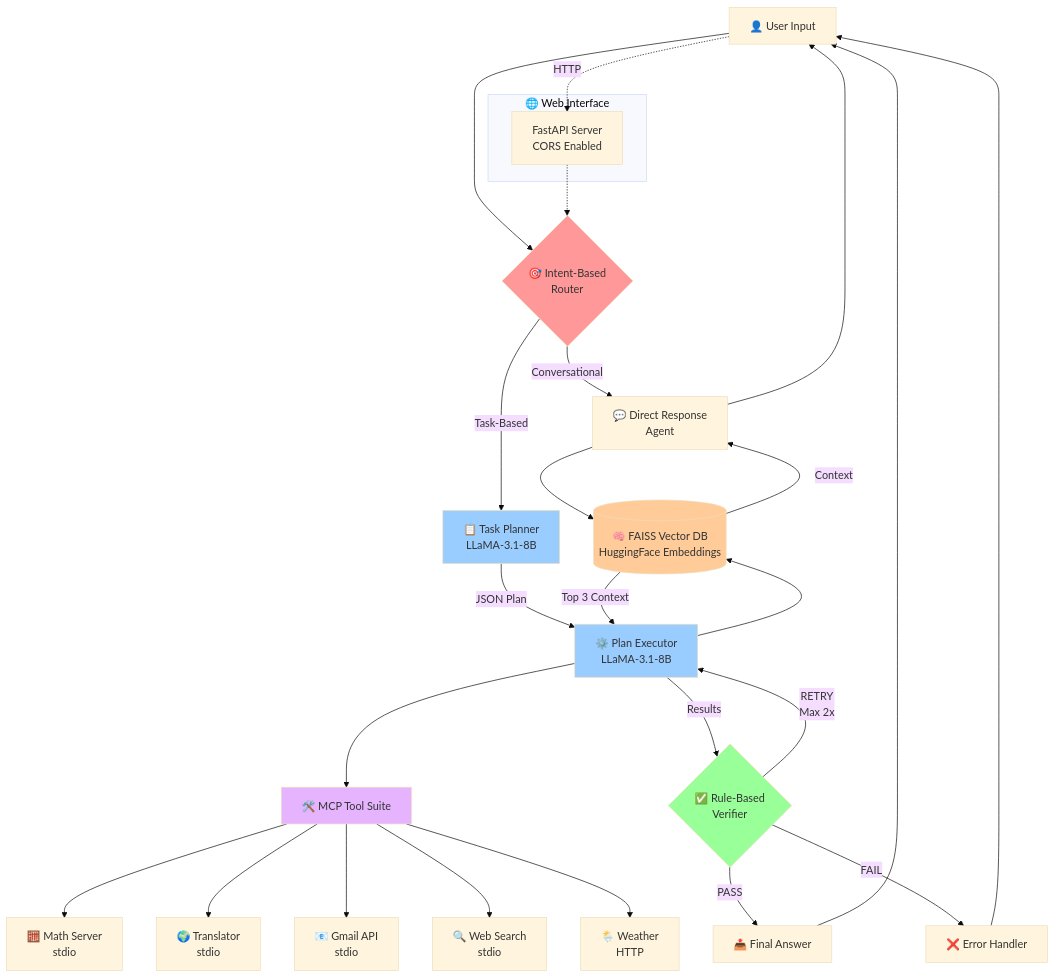
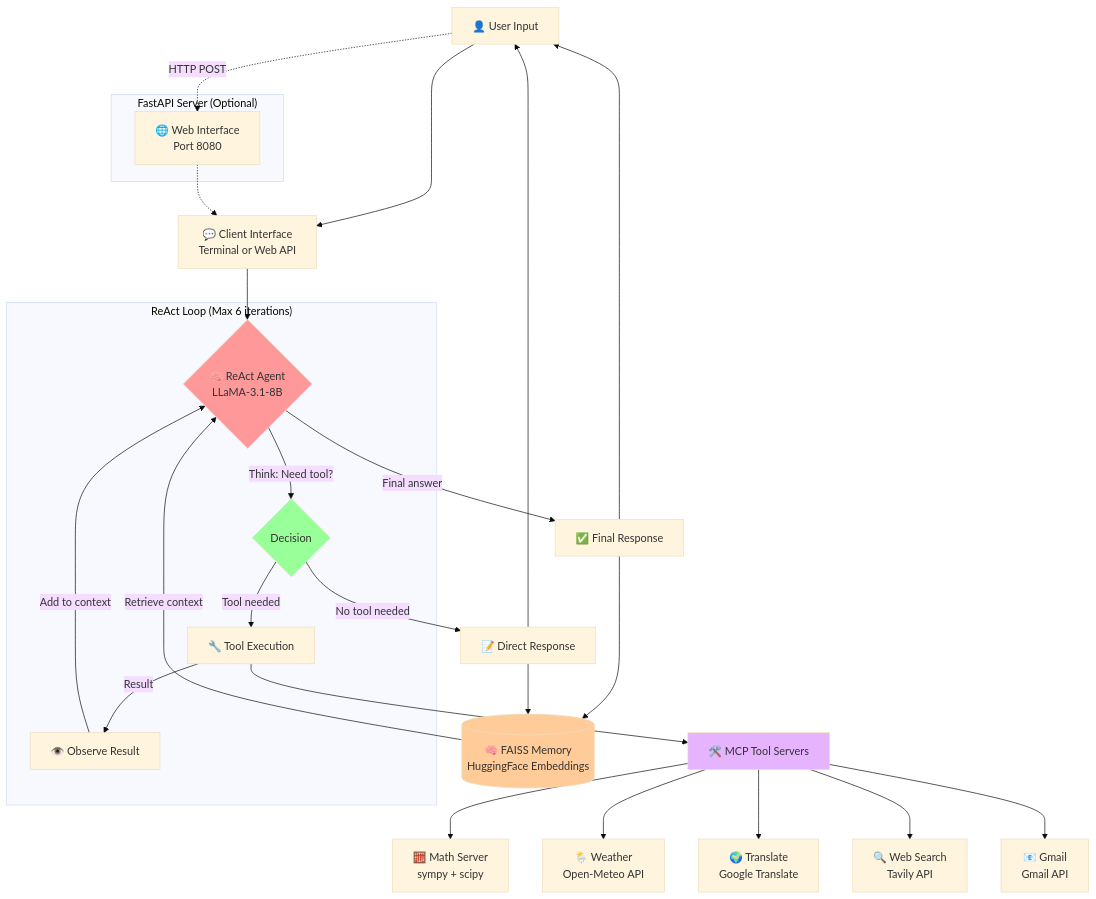
One commit to sobhan2204/Agentic_AI changed the diagram in README.md. Above: the diagram before and after it, drawn with Mermaid (base theme). The commit also changed other lines of this file, not shown here.

````diff
--- a/README.md
+++ b/README.md
@@ -25,45 +56,50 @@
 ```mermaid
 graph TB
-    User[👤 User Input] --> IntentRouter{🎯 Intent-Based<br/>Router}
+    User[👤 User Input] --> Client[💬 Client Interface<br/>Terminal or Web API]
     
-    IntentRouter -->|Conversational| DirectAgent[💬 Direct Response<br/>Agent]
-    IntentRouter -->|Task-Based| Planner[📋 Task Planner<br/>LLaMA-3.1-8B]
+    Client --> AgentLLM{🧠 ReAct Agent<br/>LLaMA-3.1-8B}
     
-    Planner -->|JSON Plan| Executor[⚙️ Plan Executor<br/>LLaMA-3.1-8B]
+    AgentLLM -->|"Think: Need tool?"| Decision{Decision}
+    Decision -->|No tool needed| DirectReply[📝 Direct Response]
+    Decision -->|Tool needed| ToolCall[🔧 Tool Execution]
     
-    Executor --> Tools[🛠️ MCP Tool Suite]
-    Tools --> Math[🧮 Math Server<br/>stdio]
-    Tools --> Translate[🌍 Translator<br/>stdio]
-    Tools --> Gmail[📧 Gmail API<br/>stdio]
-    Tools --> WebSearch[🔍 Web Search<br/>stdio]
-    Tools --> Weather[🌦️ Weather<br/>HTTP]
+    ToolCall --> MCPServers[🛠️ MCP Tool Servers]
     
-    Executor -->|Results| Verifier{✅ Rule-Based<br/>Verifier}
+    MCPServers --> MathTool[🧮 Math Server<br/>sympy + scipy]
+    MCPServers --> WeatherTool[🌦️ Weather<br/>Open-Meteo API]
+    MCPServers --> TranslateTool[🌍 Translate<br/>Google Translate]
+    MCPServers --> SearchTool[🔍 Web Search<br/>Tavily API]
+    MCPServers --> GmailTool[📧 Gmail<br/>Gmail API]
     
-    Verifier -->|PASS| FinalAnswer[📤 Final Answer]
-    Verifier -->|RETRY<br/>Max 2x| Executor
-    Verifier -->|FAIL| ErrorHandler[❌ Error Handler]
+    ToolCall -->|Result| Observe[👁️ Observe Result]
+    Observe -->|Add to context| AgentLLM
     
-    DirectAgent --> Memory[(🧠 FAISS Vector DB<br/>HuggingFace Embeddings)]
-    Executor --> Memory
-    Memory -->|Top 3 Context| Executor
-    Memory -->|Context| DirectAgent
+    AgentLLM -->|Final answer| Response[✅ Final Response]
     
-    FinalAnswer --> User
-    DirectAgent --> User
-    ErrorHandler --> User
+    Response --> Memory[(🧠 FAISS Memory<br/>HuggingFace Embeddings)]
+    DirectReply --> Memory
     
-    subgraph "🌐 Web Interface"
-        API[FastAPI Server<br/>CORS Enabled]
+    Memory -->|Retrieve context| AgentLLM
+    
+    Response --> User
+    DirectReply --> User
+    
+    subgraph "ReAct Loop (Max 6 iterations)"
+        AgentLLM
+        Decision
+        ToolCall
+        Observe
     end
     
-    User -.->|HTTP| API
-    API -.-> IntentRouter
+    subgraph "FastAPI Server (Optional)"
+        API[🌐 Web Interface<br/>Port 8080]
+    end
     
-    style IntentRouter fill:#ff9999
-    style Planner fill:#99ccff
-    style Executor fill:#99ccff
-    style Verifier fill:#99ff99
+    User -.->|HTTP POST| API
+    API -.-> Client
+    
+    style AgentLLM fill:#ff9999
     style Memory fill:#ffcc99
-    style Tools fill:#e6b3ff
+    style MCPServers fill:#e6b3ff
+    style Decision fill:#99ff99
 ```
````
